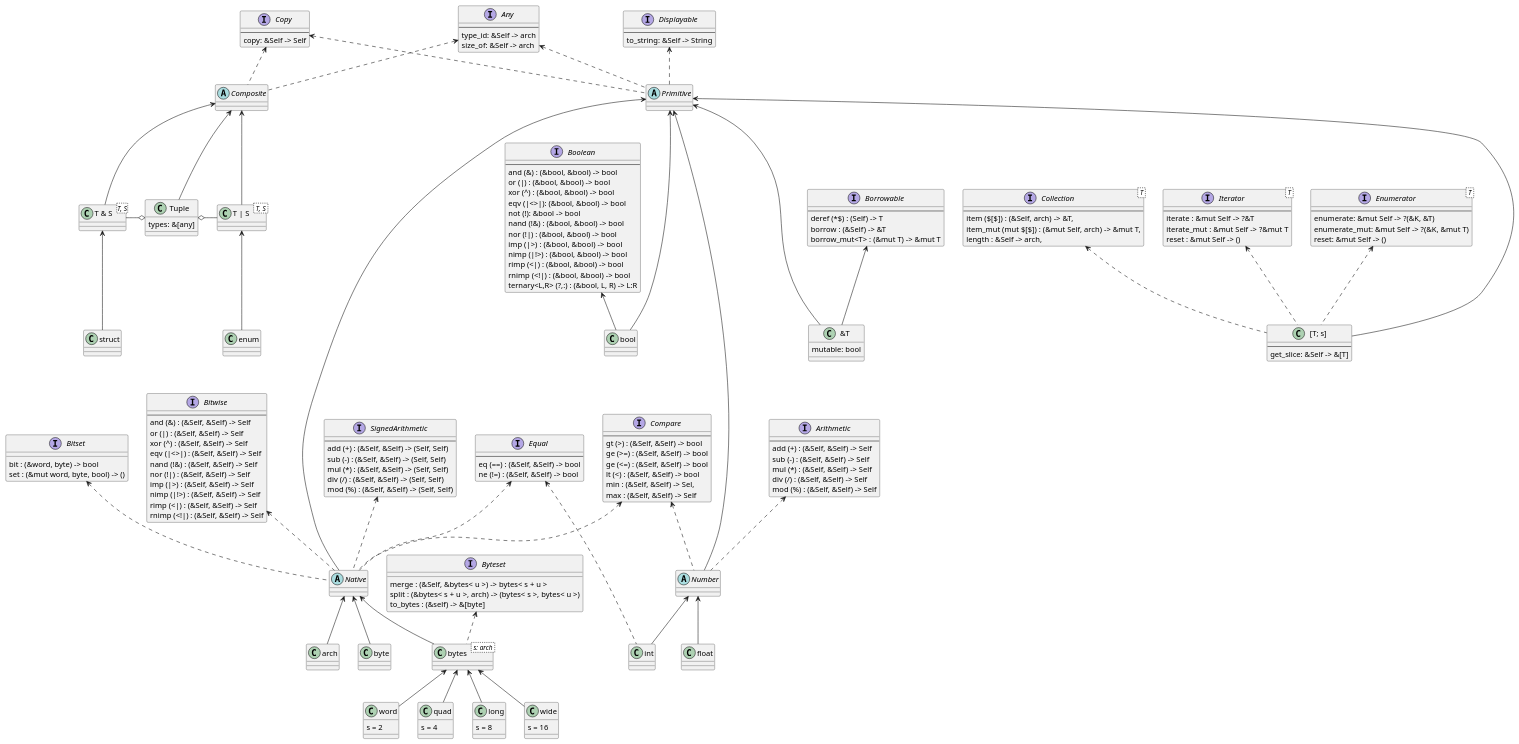
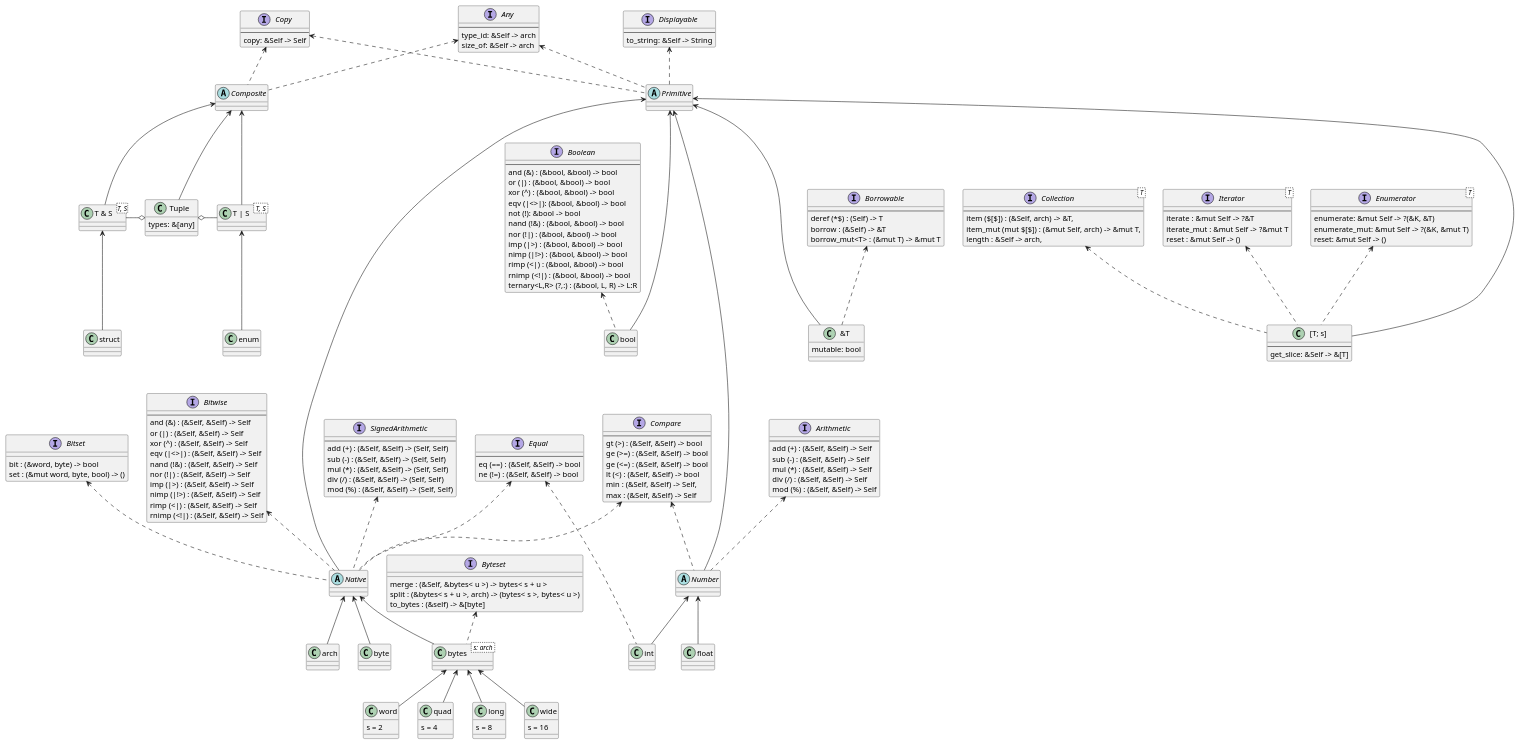
Before and after one commit to Trehinos/roussillon-type-system: the diagram in types.plantuml, drawn with PlantUML.

Commit message:
Refactor type diagram associations and method return type
Updated associations from generalization to dependency for Boolean and Borrowable types to better reflect their relationships. Corrected the return type of the 'min' method in Comparable from Sel to Self.

```diff
--- a/types.plantuml
+++ b/types.plantuml
@@ -1,197 +1,197 @@
 @startuml
 interface Any {
     --
     type_id: &Self -> arch
     size_of: &Self -> arch
 }
 interface Copy {
     --
     copy: &Self -> Self
 }
 interface Displayable {
     --
     to_string: &Self -> String
 }
 
 Any <.. Primitive
 Copy <.. Primitive
 Displayable <.. Primitive
 abstract Primitive
 
 interface Boolean {
     --
     and (&) : (&bool, &bool) -> bool
     or (|) : (&bool, &bool) -> bool
     xor (^) : (&bool, &bool) -> bool
     eqv (|<>|): (&bool, &bool) -> bool
     not (!): &bool -> bool
     nand (!&) : (&bool, &bool) -> bool
     nor (!|) : (&bool, &bool) -> bool
     imp  (|>) : (&bool, &bool) -> bool
     nimp (|!>) : (&bool, &bool) -> bool
     rimp (<|) : (&bool, &bool) -> bool
     rnimp (<!|) : (&bool, &bool) -> bool
     ternary<L,R> (?,:) : (&bool, L, R) -> L:R
 }
 Primitive <--- bool
-Boolean <-- bool
+Boolean <.. bool
 class bool
 
 interface Bitwise {
     --
     and (&) : (&Self, &Self) -> Self
     or (|) : (&Self, &Self) -> Self
     xor (^) : (&Self, &Self) -> Self
     eqv (|<>|) : (&Self, &Self) -> Self
     nand (!&) : (&Self, &Self) -> Self
     nor (!|) : (&Self, &Self) -> Self
     imp (|>) : (&Self, &Self) -> Self
     nimp (|!>) : (&Self, &Self) -> Self
     rimp (<|) : (&Self, &Self) -> Self
     rnimp (<!|) : (&Self, &Self) -> Self
 }
 interface Equal {
     --
     eq (==) : (&Self, &Self) -> bool
     ne (!=) : (&Self, &Self) -> bool
 }
 interface Compare {
     --
     gt (>) : (&Self, &Self) -> bool
     ge (>=) : (&Self, &Self) -> bool
     ge (<=) : (&Self, &Self) -> bool
     lt (<) : (&Self, &Self) -> bool
-    min : (&Self, &Self) -> Sel,
+    min : (&Self, &Self) -> Self,
     max : (&Self, &Self) -> Self
 }
 interface SignedArithmetic {
     --
     add (+) : (&Self, &Self) -> (Self, Self)
     sub (-) : (&Self, &Self) -> (Self, Self)
     mul (*) : (&Self, &Self) -> (Self, Self)
     div (/) : (&Self, &Self) -> (Self, Self)
     mod (%) : (&Self, &Self) -> (Self, Self)
 }
 Primitive <-- Native
 Bitwise <.. Native
 Equal <.. Native
 Compare <.. Native
 SignedArithmetic <.. Native
 interface Bitset {
     bit : (&word, byte) -> bool
     set : (&mut word, byte, bool) -> ()
 }
 Bitset <.. Native
 abstract Native
 Native <-- byte
 class byte
 
 interface Byteset {
     merge : (&Self, &bytes< u >) -> bytes< s + u >
     split : (&bytes< s + u >, arch) -> (bytes< s >, bytes< u >)
     to_bytes : (&self) -> &[byte]
 }
 Byteset <.. bytes
 Native <-- bytes
 class bytes< s: arch >
 
 bytes <-- word
 class word {
     s = 2
 }
 bytes <-- quad
 class quad {
     s = 4
 }
 bytes <-- long
 class long {
     s = 8
 }
 bytes <-- wide
 class wide {
     s = 16
 }
 
 Native <-- arch
 class arch
 
 interface Arithmetic {
     --
     add (+) : (&Self, &Self) -> Self
     sub (-) : (&Self, &Self) -> Self
     mul (*) : (&Self, &Self) -> Self
     div (/) : (&Self, &Self) -> Self
     mod (%) : (&Self, &Self) -> Self
 }
 
 Compare <.. Number
 Primitive <----- Number
 Arithmetic <.. Number
 abstract Number
 
 Equal <.. int
 Number <-- int
 class int
 
 Number <-- float
 class float
 
 interface Borrowable {
     --
     deref (*$) : (Self) -> T
     borrow : (&Self) -> &T
     borrow_mut<T> : (&mut T) -> &mut T
 }
 Primitive <--- "&T"
-Borrowable <-- "&T"
+Borrowable <.. "&T"
 
 class "&T" {
     mutable: bool
 }
 
 interface Collection< T > {
     --
     item ($[$]) : (&Self, arch) -> &T,
     item_mut (mut $[$]) : (&mut Self, arch) -> &mut T,
     length : &Self -> arch,
 }
 interface Iterator< T > {
     --
     iterate : &mut Self -> ?&T
     iterate_mut : &mut Self -> ?&mut T
     reset : &mut Self -> ()
 }
 interface Enumerator< T > {
     --
     enumerate: &mut Self -> ?(&K, &T)
     enumerate_mut: &mut Self -> ?(&K, &mut T)
     reset: &mut Self -> ()
 }
 
 Primitive <--- "[T; s]"
 Collection <.. "[T; s]"
 Iterator <.. "[T; s]"
 Enumerator <.. "[T; s]"
 class "[[T; s]]" {
     --
     get_slice: &Self -> &[T]
 }
 
 Any <.. Composite
 Copy <.. Composite
 abstract Composite
 
 Composite <-- Tuple
 class Tuple {
     types: &[any]
 }
 Composite <-- "T & S"
 class "T & S"<T, S>
 "T & S" -o Tuple
 "T & S" <-- struct
 
 Composite <-- "T | S"
 class "T | S"< T, S >
 Tuple o- "T | S"
 "T | S" <-- enum
 @enduml
```
